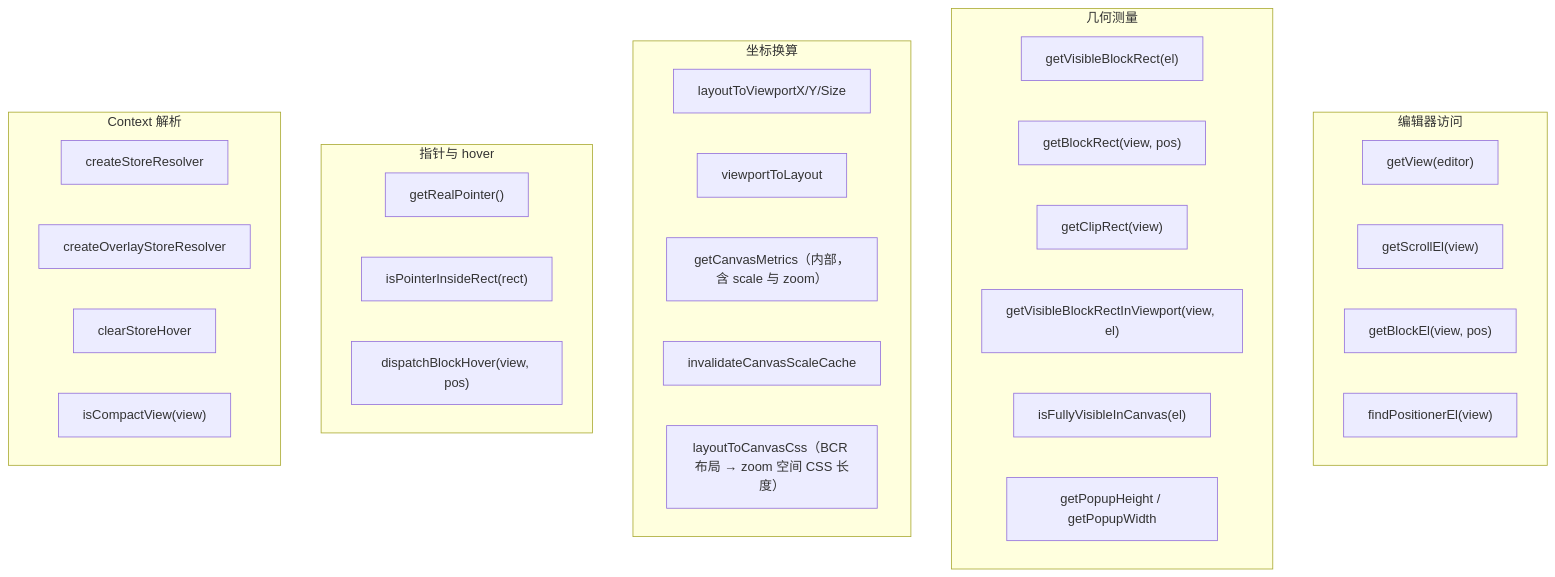
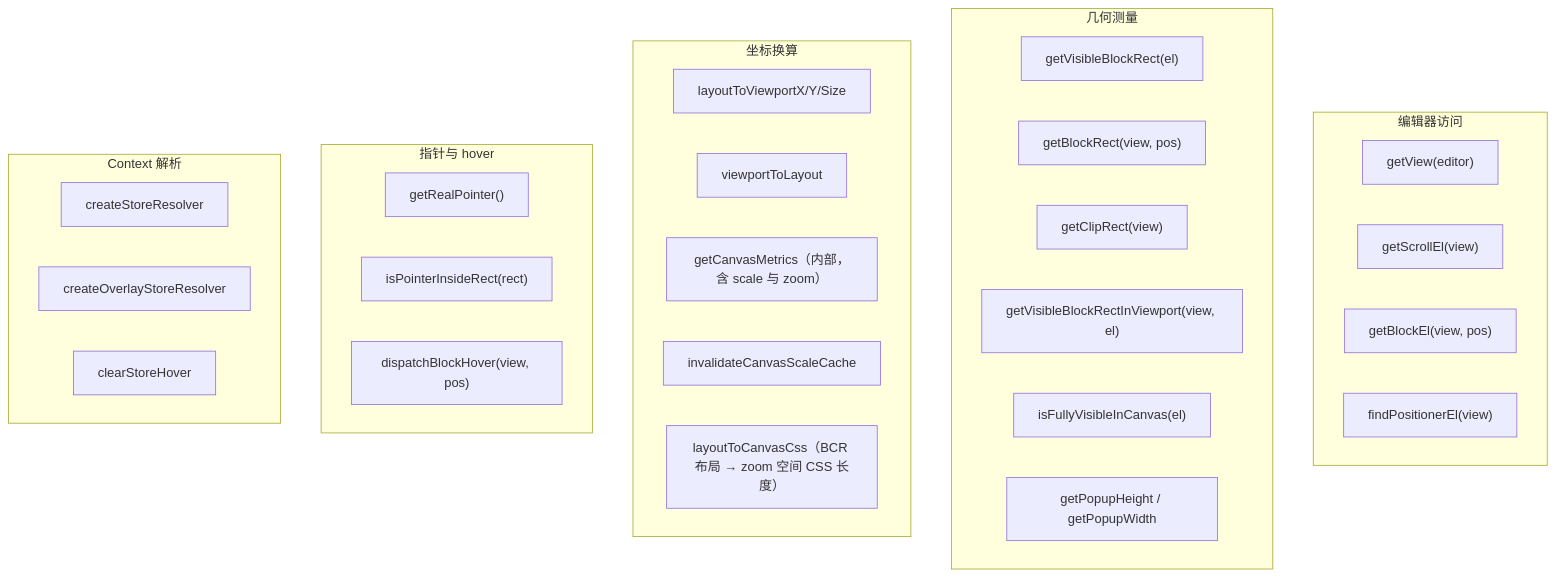
One commit to LogicAurora/Mindrizzle changed the first of 3 diagrams in src/docs/flow/10-utils.md. Above: the diagram before and after it, drawn with Mermaid. The commit also changed other lines of this file and 21 other files, not shown here.

````diff
--- a/src/docs/flow/10-utils.md
+++ b/src/docs/flow/10-utils.md
@@ -7,35 +7,34 @@
 ```mermaid
 flowchart TB
   subgraph 编辑器访问
     A1["getView(editor)"]
     A2["getScrollEl(view)"]
     A3["getBlockEl(view, pos)"]
     A4["findPositionerEl(view)"]
   end
   subgraph 几何测量
     B1["getVisibleBlockRect(el)"]
     B2["getBlockRect(view, pos)"]
     B3["getClipRect(view)"]
     B4["getVisibleBlockRectInViewport(view, el)"]
     B5["isFullyVisibleInCanvas(el)"]
     B6["getPopupHeight / getPopupWidth"]
   end
   subgraph 坐标换算
     C1["layoutToViewportX/Y/Size"]
     C2["viewportToLayout"]
     C3["getCanvasMetrics（内部，含 scale 与 zoom）"]
     C4["invalidateCanvasScaleCache"]
     C5["layoutToCanvasCss（BCR 布局 → zoom 空间 CSS 长度）"]
   end
   subgraph 指针与 hover
     D1["getRealPointer()"]
     D2["isPointerInsideRect(rect)"]
     D3["dispatchBlockHover(view, pos)"]
   end
   subgraph Context 解析
     E1["createStoreResolver"]
     E2["createOverlayStoreResolver"]
     E3["clearStoreHover"]
-    E4["isCompactView(view)"]
   end
 ```
````
